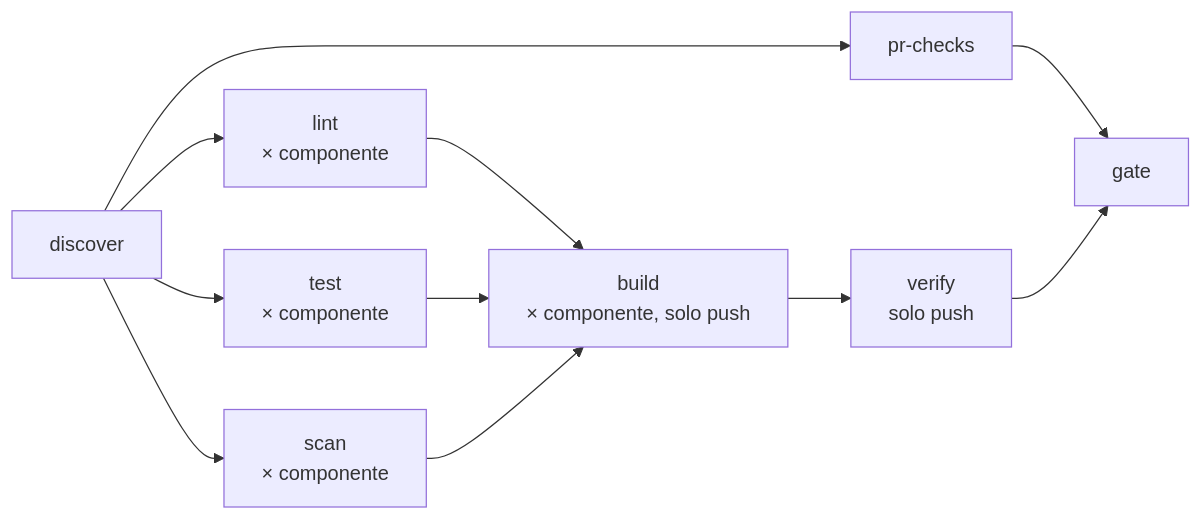
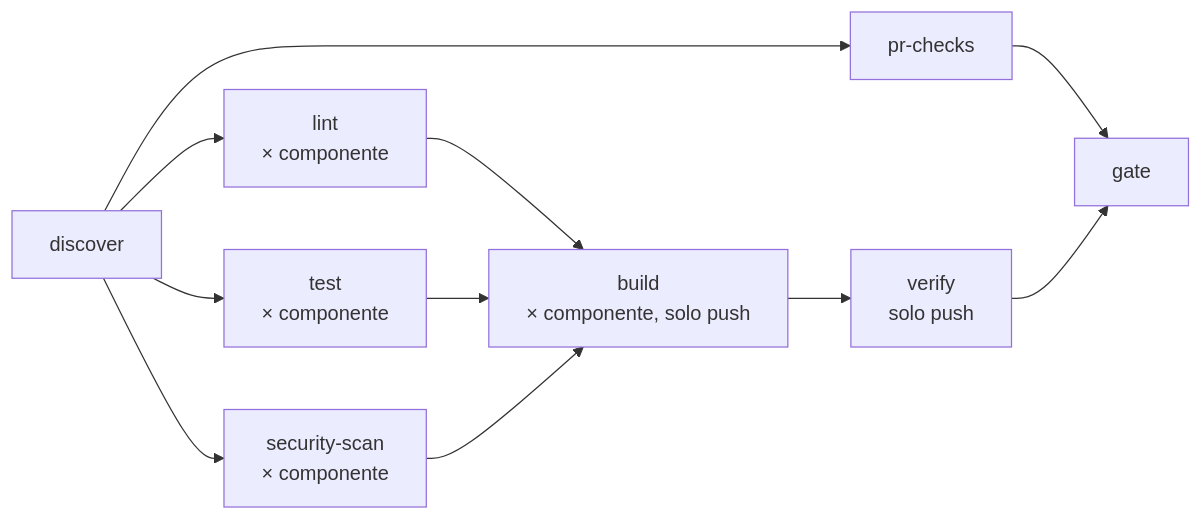
Before and after one commit to H-EALTH/shared-workflows: the diagram in docs/ci.md, drawn with Mermaid. The commit also changed other lines of this file and 6 other files, not shown here.

Commit message:
Rename scan workflow to security-scan

````diff
--- a/docs/ci.md
+++ b/docs/ci.md
@@ -7,13 +7,13 @@
 ```mermaid
 flowchart LR
     D[discover] --> P[pr-checks]
     D --> L["lint<br>× componente"]
     D --> T["test<br>× componente"]
-    D --> S["scan<br>× componente"]
+    D --> S["security-scan<br>× componente"]
     L --> B["build<br>× componente, solo push"]
     T --> B
     S --> B
     B --> E["verify<br>solo push"]
     P --> OK[gate]
     E --> OK
 ```
````
